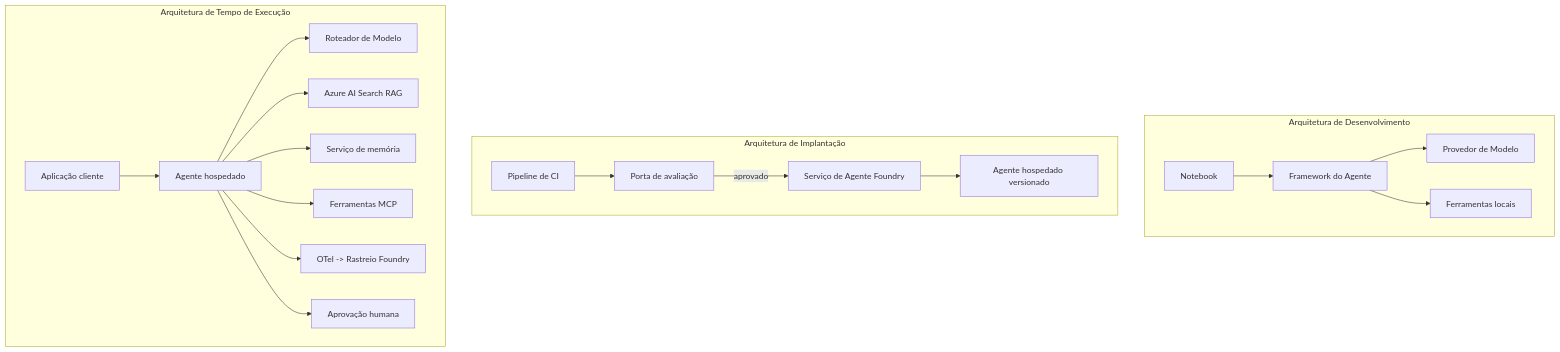
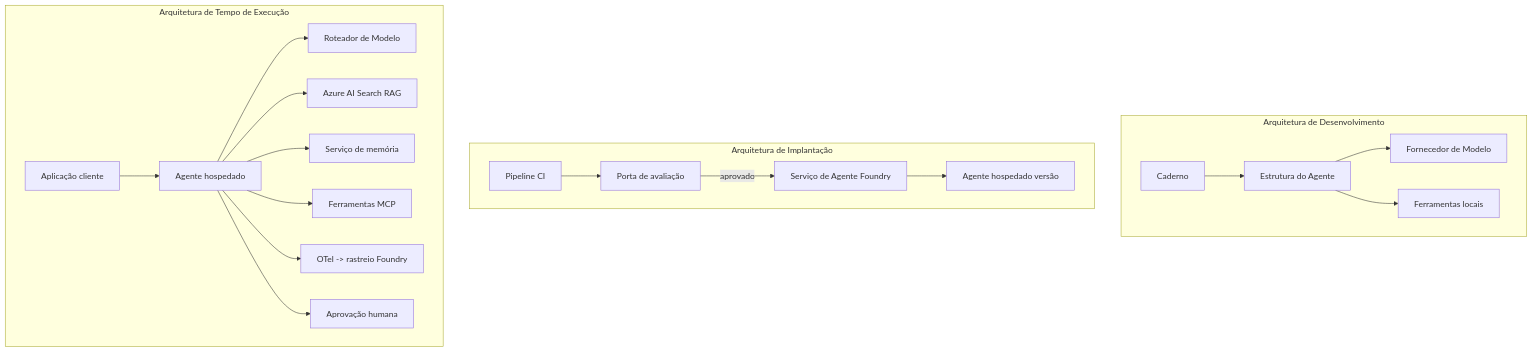
Before and after one commit to gabrielmoreira/agent-skills-mirror: the fourth of 4 diagrams in mirrors/repos/microsoft@ai-agents-for-beginners/translations/pt-PT/16-deploying-scalable-agents/README.md, drawn with Mermaid. The commit also changed other lines of this file and 3581 other files, not shown here.

````diff
--- a/mirrors/repos/microsoft@ai-agents-for-beginners/translations/pt-PT/16-deploying-scalable-agents/README.md
+++ b/mirrors/repos/microsoft@ai-agents-for-beginners/translations/pt-PT/16-deploying-scalable-agents/README.md
@@ -185,22 +185,22 @@
 ```mermaid
 flowchart TB
     subgraph Dev[Arquitetura de Desenvolvimento]
-        D1[Notebook] --> D2[Framework do Agente]
-        D2 --> D3[Provedor de Modelo]
+        D1[Caderno] --> D2[Estrutura do Agente]
+        D2 --> D3[Fornecedor de Modelo]
         D2 --> D4[Ferramentas locais]
     end
     subgraph Deploy[Arquitetura de Implantação]
-        E1[Pipeline de CI] --> E2[Porta de avaliação]
+        E1[Pipeline CI] --> E2[Porta de avaliação]
         E2 -->|aprovado| E3[Serviço de Agente Foundry]
-        E3 --> E4[Agente hospedado versionado]
+        E3 --> E4[Agente hospedado versão]
     end
     subgraph Run[Arquitetura de Tempo de Execução]
         F1[Aplicação cliente] --> F2[Agente hospedado]
         F2 --> F3[Roteador de Modelo]
         F2 --> F4[Azure AI Search RAG]
         F2 --> F5[Serviço de memória]
         F2 --> F6[Ferramentas MCP]
-        F2 --> F7[OTel -> Rastreio Foundry]
+        F2 --> F7[OTel -> rastreio Foundry]
         F2 --> F8[Aprovação humana]
     end
 ```
````
